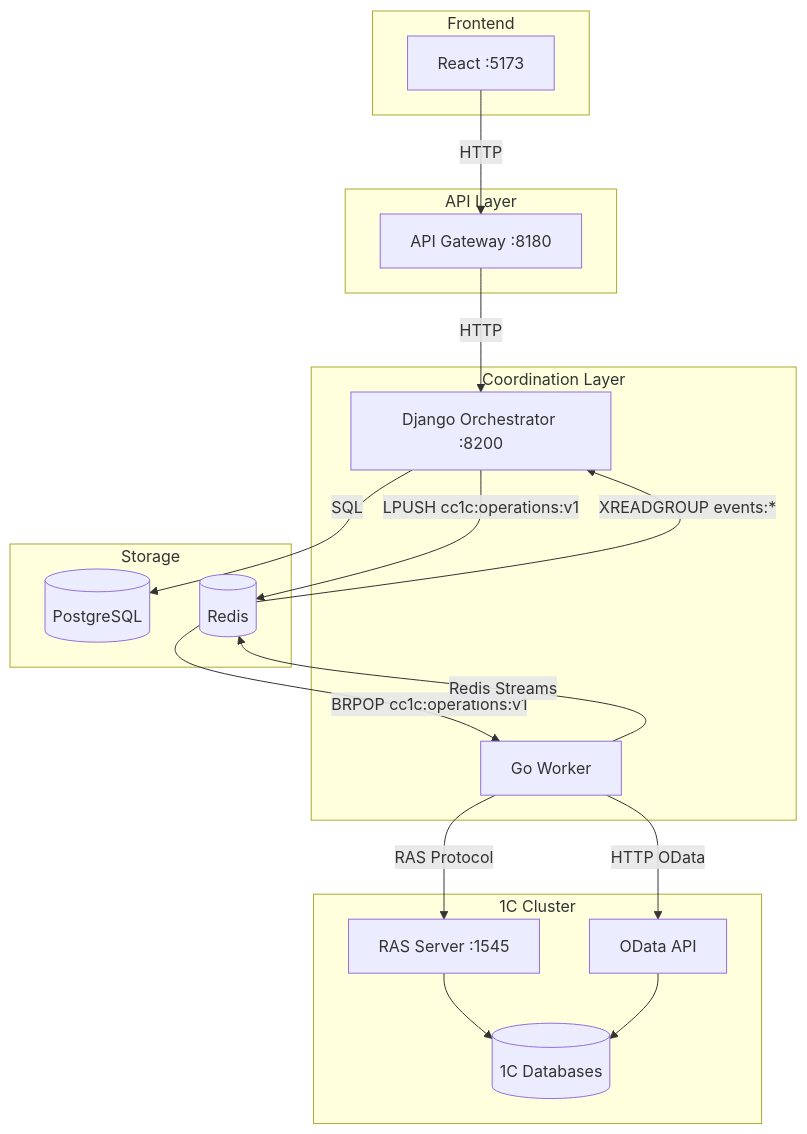
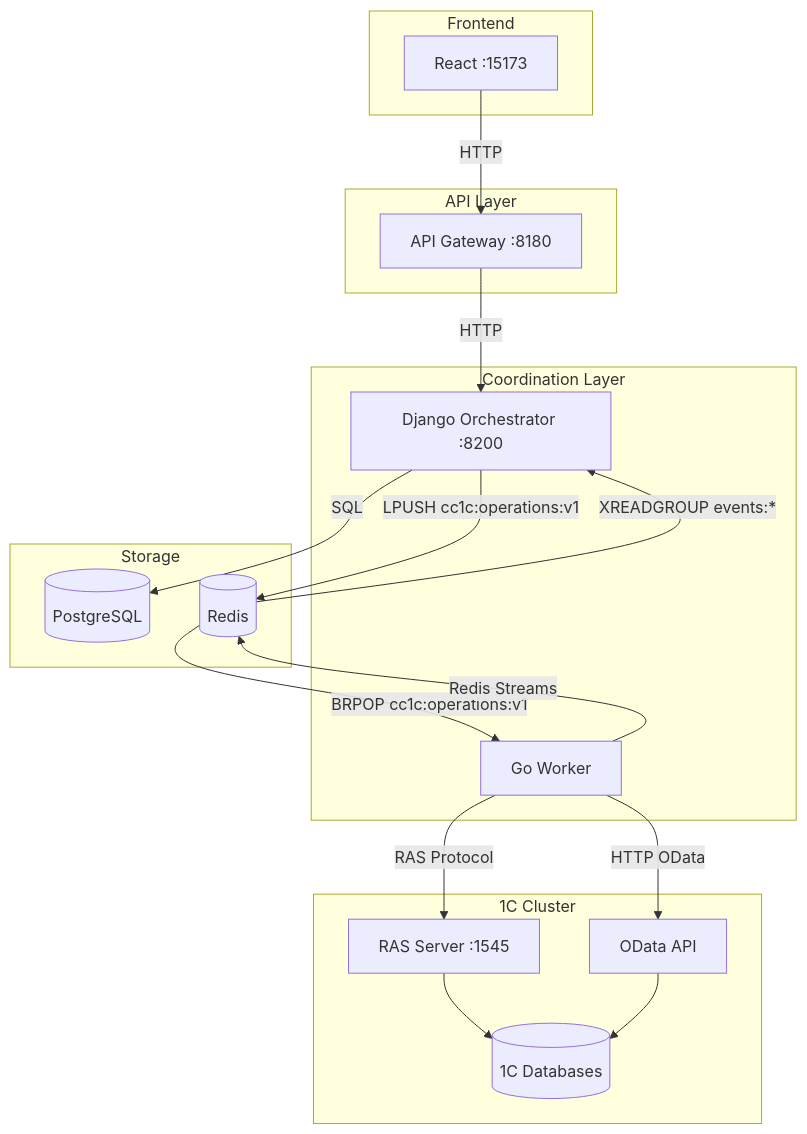
One commit to defin85/command-center-1c changed the diagram in docs/architecture/diagrams/CURRENT_ARCHITECTURE.md. Above: the diagram before and after it, drawn with Mermaid. The commit also changed 38 other files, not shown here.

````diff
--- a/docs/architecture/diagrams/CURRENT_ARCHITECTURE.md
+++ b/docs/architecture/diagrams/CURRENT_ARCHITECTURE.md
@@ -12,47 +12,47 @@
 ```mermaid
 flowchart TB
     subgraph Frontend
-        UI[React :5173]
+        UI[React :15173]
     end
 
     subgraph API["API Layer"]
         GW[API Gateway :8180]
     end
 
     subgraph Coordination["Coordination Layer"]
         Django[Django Orchestrator :8200]
         Worker[Go Worker]
     end
 
     subgraph Storage["Storage"]
         PG[(PostgreSQL)]
         Redis[(Redis)]
     end
 
     subgraph 1C["1С Cluster"]
         RASServer[RAS Server :1545]
         OData[OData API]
         Bases[(1С Databases)]
     end
 
     %% Frontend → API
     UI -->|HTTP| GW
     GW -->|HTTP| Django
 
     %% Django → Storage
     Django -->|SQL| PG
     Django -->|LPUSH cc1c:operations:v1| Redis
 
     %% Redis → Worker
     Redis -->|BRPOP cc1c:operations:v1| Worker
 
     %% Worker → 1C
     Worker -->|RAS Protocol| RASServer
     Worker -->|HTTP OData| OData
     RASServer --> Bases
     OData --> Bases
 
     %% Results back
     Worker -->|Redis Streams| Redis
     Redis -->|XREADGROUP events:*| Django
 ```
````
